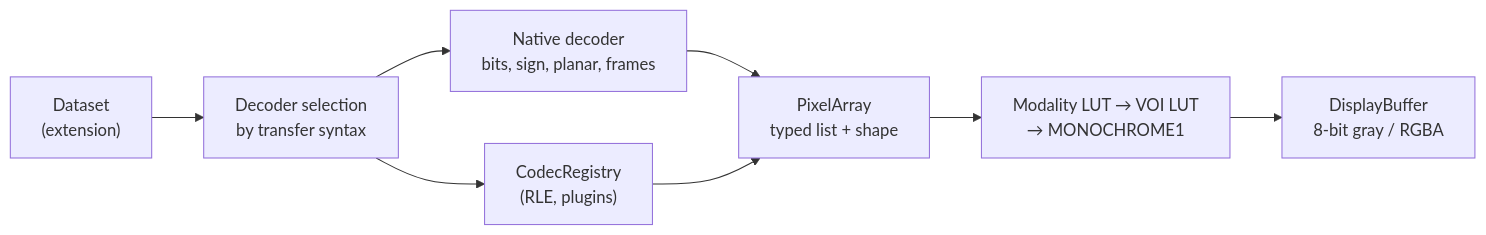
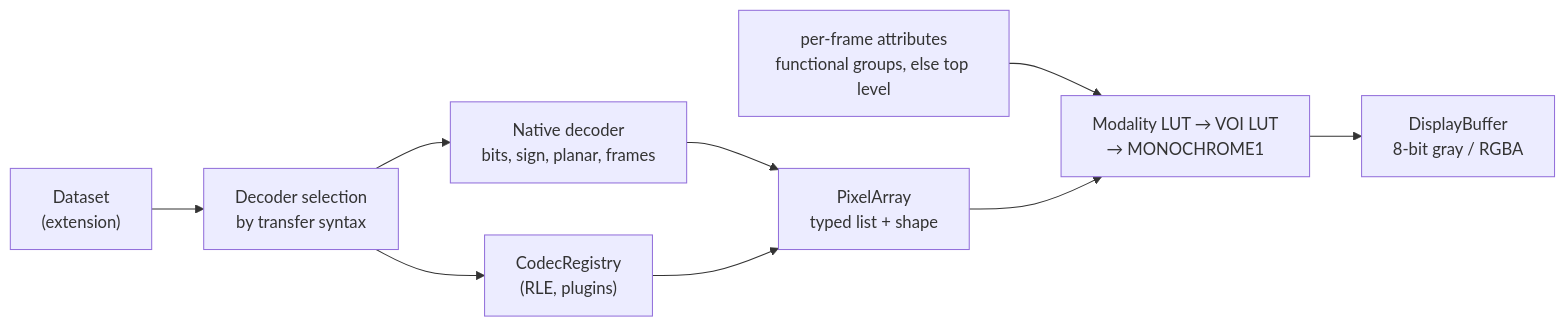
The fifth of 10 diagrams in docs/design/01-system-architecture.md (Lightbridge-KS/dartdicom), drawn with Mermaid before and after one commit. The commit also changed other lines of this file and 5 other files, not shown here.

````diff
--- a/docs/design/01-system-architecture.md
+++ b/docs/design/01-system-architecture.md
@@ -187,10 +187,11 @@
 ```mermaid
 flowchart LR
     ds["Dataset<br/>(extension)"] --> sel["Decoder selection<br/>by transfer syntax"]
     sel --> native["Native decoder<br/>bits, sign, planar, frames"]
     sel --> reg["CodecRegistry<br/>(RLE, plugins)"]
     native --> arr["PixelArray<br/>typed list + shape"]
     reg --> arr
+    fg["per-frame attributes<br/>functional groups, else top level"] --> lut
     arr --> lut["Modality LUT → VOI LUT<br/>→ MONOCHROME1"]
     lut --> disp["DisplayBuffer<br/>8-bit gray / RGBA"]
 ```
````
